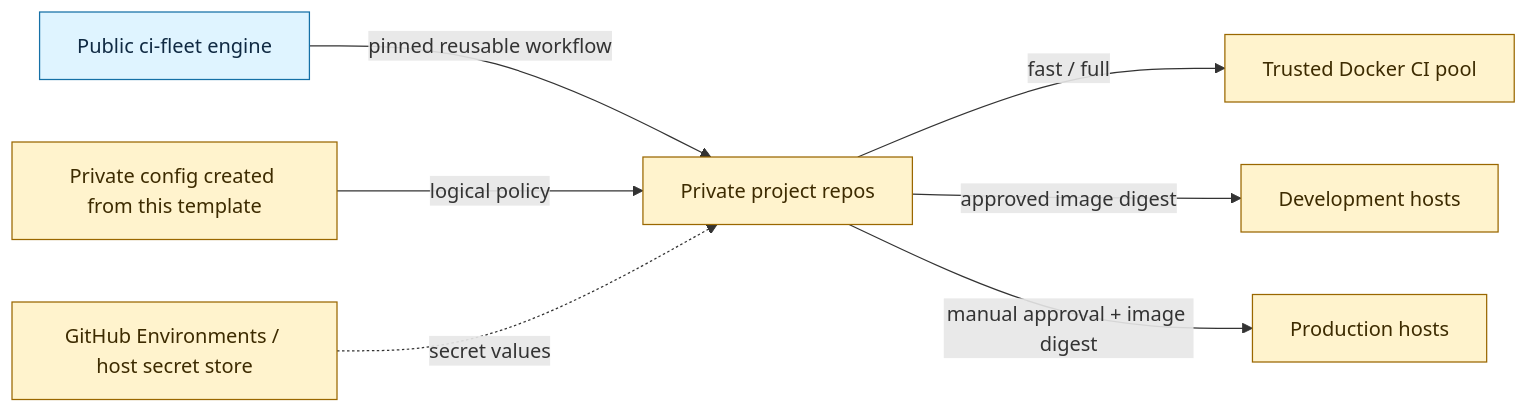
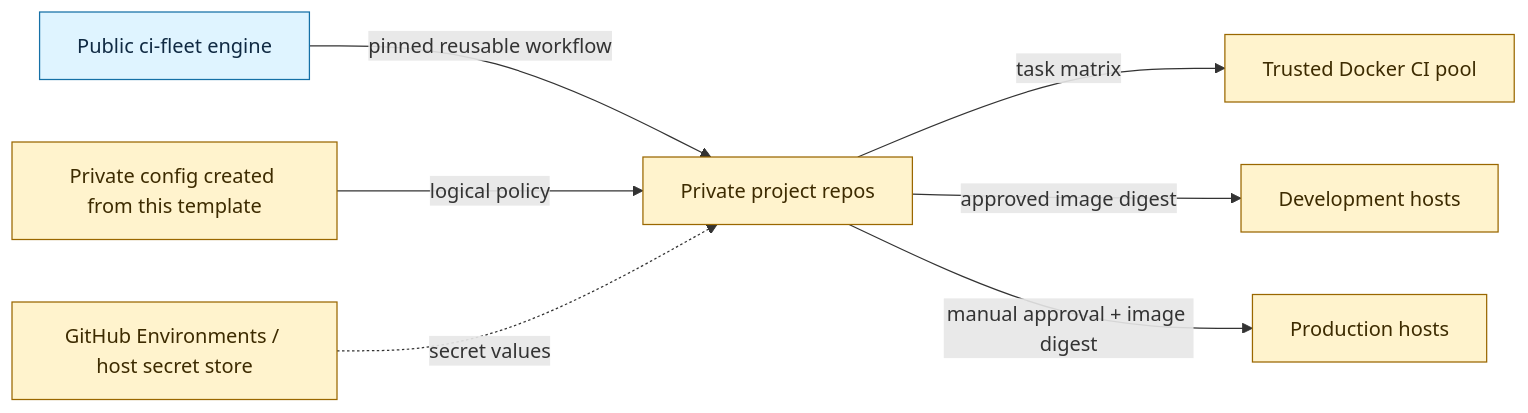
Before and after one commit to RandomDevelopment/ci-fleet: the first of 2 diagrams in templates/config-repository/README.md, drawn with Mermaid. The commit also changed other lines of this file and 20 other files, not shown here.

````diff
--- a/templates/config-repository/README.md
+++ b/templates/config-repository/README.md
@@ -7,14 +7,14 @@
 ```mermaid
 flowchart LR
   E[Public ci-fleet engine] -->|pinned reusable workflow| P[Private project repos]
   C[Private config created from this template] -->|logical policy| P
-  P -->|fast / full| R[Trusted Docker CI pool]
+  P -->|task matrix| R[Trusted Docker CI pool]
   P -->|approved image digest| D[Development hosts]
   P -->|manual approval + image digest| X[Production hosts]
   S[GitHub Environments / host secret store] -. secret values .-> P
 
   classDef public fill:#dff4ff,stroke:#1570a6,color:#102a43
   classDef private fill:#fff3cd,stroke:#9a6700,color:#3d2b00
   class E public
   class C,P,R,D,X,S private
 ```
````
